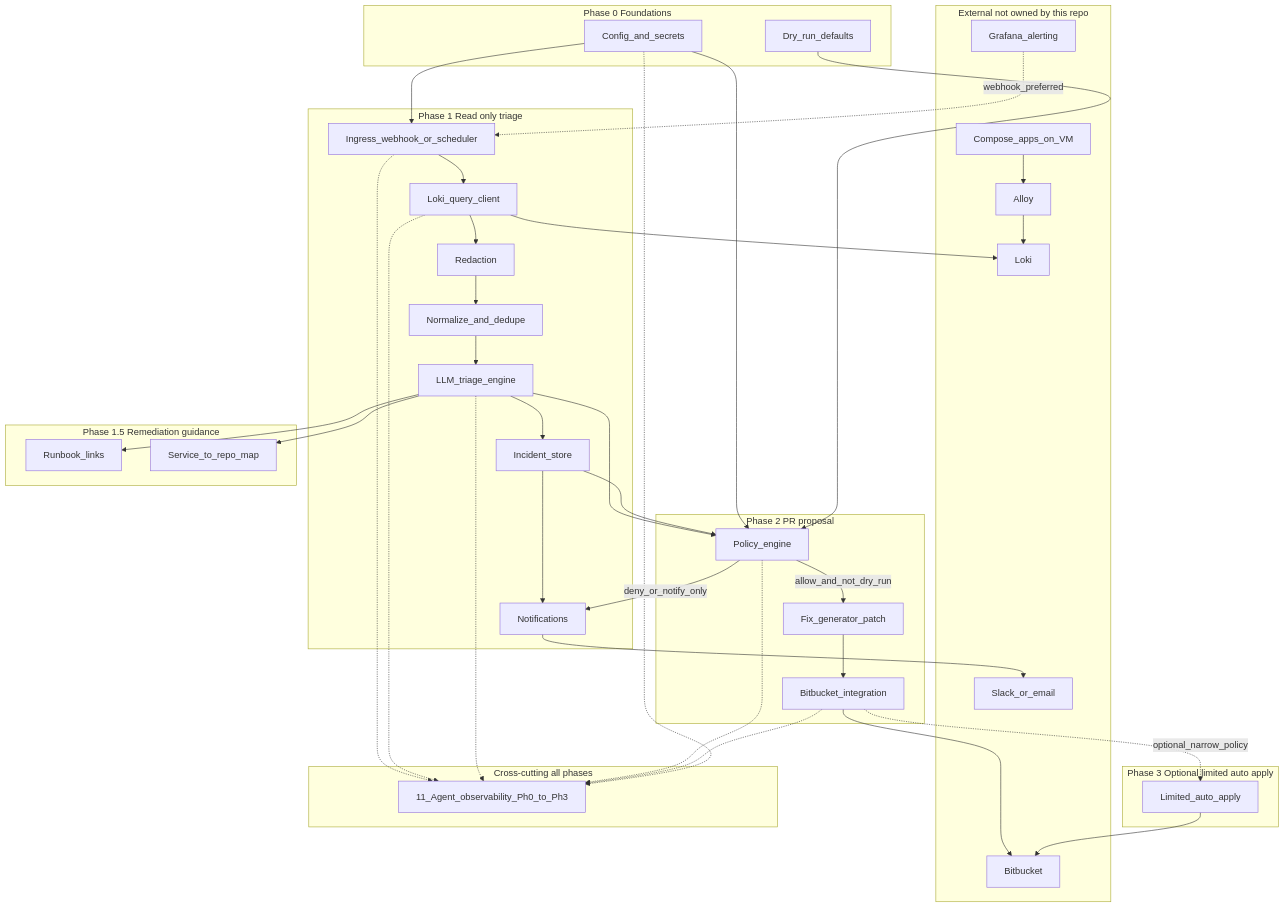
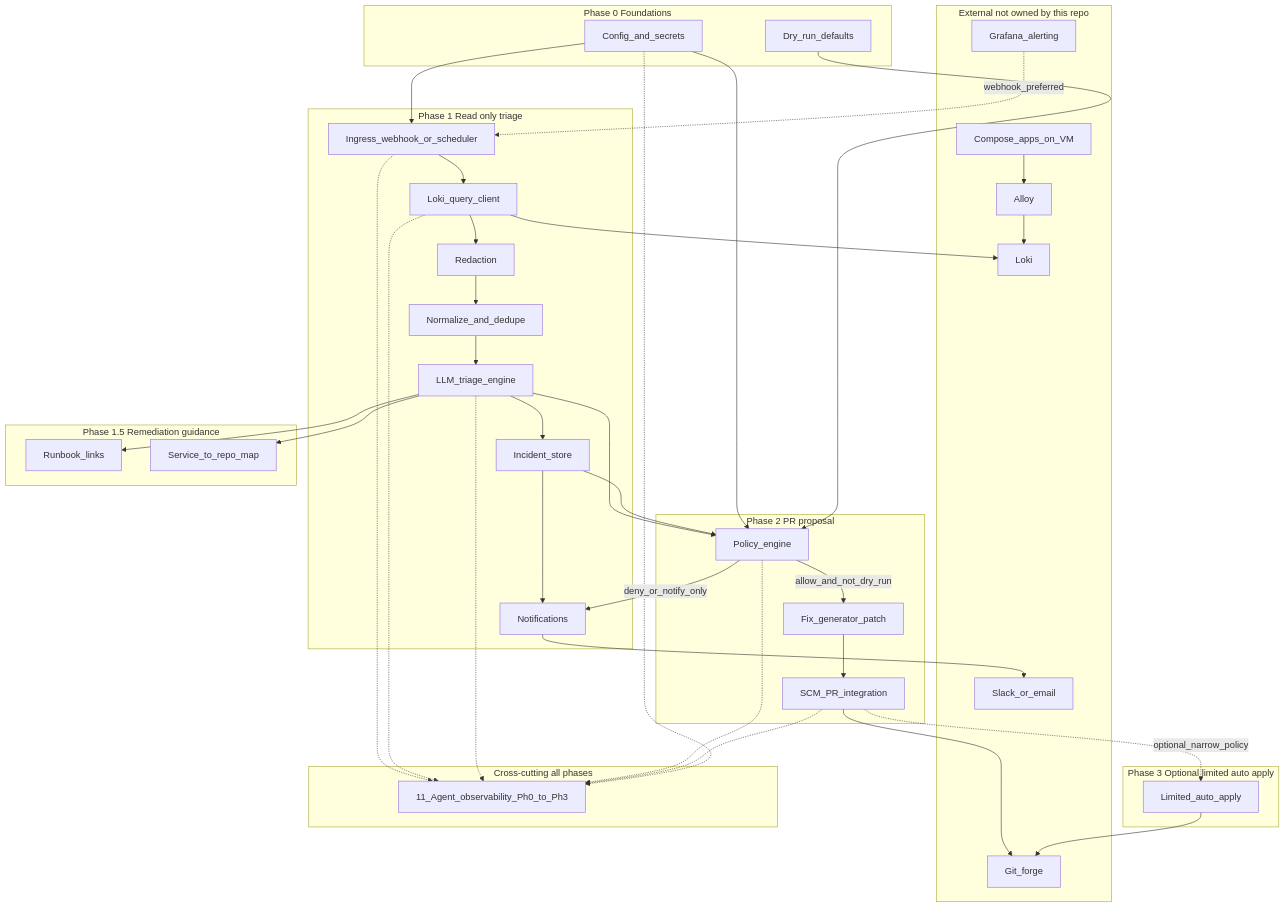
Before and after one commit to abhi29tyagi/ai-sre-agent: the diagram in docs/diagrams/mermaid/03-figure2-end-to-end.mmd, drawn with Mermaid. The commit also changed 24 other files, not shown here.

```diff
--- a/docs/diagrams/mermaid/03-figure2-end-to-end.mmd
+++ b/docs/diagrams/mermaid/03-figure2-end-to-end.mmd
@@ -1,66 +1,66 @@
 flowchart TB
   subgraph ext [External not owned by this repo]
     apps[Compose_apps_on_VM]
     alloy[Alloy]
     loki[Loki]
     grafana[Grafana_alerting]
-    bbCloud[Bitbucket]
+    gitForge[Git_forge]
     slack[Slack_or_email]
   end
 
   subgraph ph0 [Phase 0 Foundations]
     cfg[Config_and_secrets]
     dry[Dry_run_defaults]
   end
 
   subgraph ph1 [Phase 1 Read only triage]
     sched[Ingress_webhook_or_scheduler]
     lokiCli[Loki_query_client]
     redact[Redaction]
     norm[Normalize_and_dedupe]
     triage[LLM_triage_engine]
     store[Incident_store]
     notify[Notifications]
   end
 
   subgraph ph15 [Phase 1.5 Remediation guidance]
     runbooks[Runbook_links]
     svcmap[Service_to_repo_map]
   end
 
   subgraph ph2 [Phase 2 PR proposal]
     policy[Policy_engine]
     fixgen[Fix_generator_patch]
-    bbint[Bitbucket_integration]
+    gitInt[SCM_PR_integration]
   end
 
   subgraph ph3 [Phase 3 Optional limited auto apply]
     auto[Limited_auto_apply]
   end
 
   subgraph crossCut [Cross-cutting all phases]
     obs["11_Agent_observability_Ph0_to_Ph3"]
   end
 
   apps --> alloy --> loki
   grafana -.->|webhook_preferred| sched
   cfg --> sched
   cfg --> policy
   dry --> policy
   sched --> lokiCli --> loki
   lokiCli --> redact --> norm --> triage
   triage --> runbooks
   triage --> svcmap
   triage --> store --> notify --> slack
   triage --> policy
   store --> policy
   policy -->|allow_and_not_dry_run| fixgen
   policy -->|deny_or_notify_only| notify
-  fixgen --> bbint --> bbCloud
-  bbint -.->|optional_narrow_policy| auto --> bbCloud
+  fixgen --> gitInt --> gitForge
+  gitInt -.->|optional_narrow_policy| auto --> gitForge
   sched -.-> obs
   lokiCli -.-> obs
   triage -.-> obs
   policy -.-> obs
-  bbint -.-> obs
+  gitInt -.-> obs
   cfg -.-> obs
```
